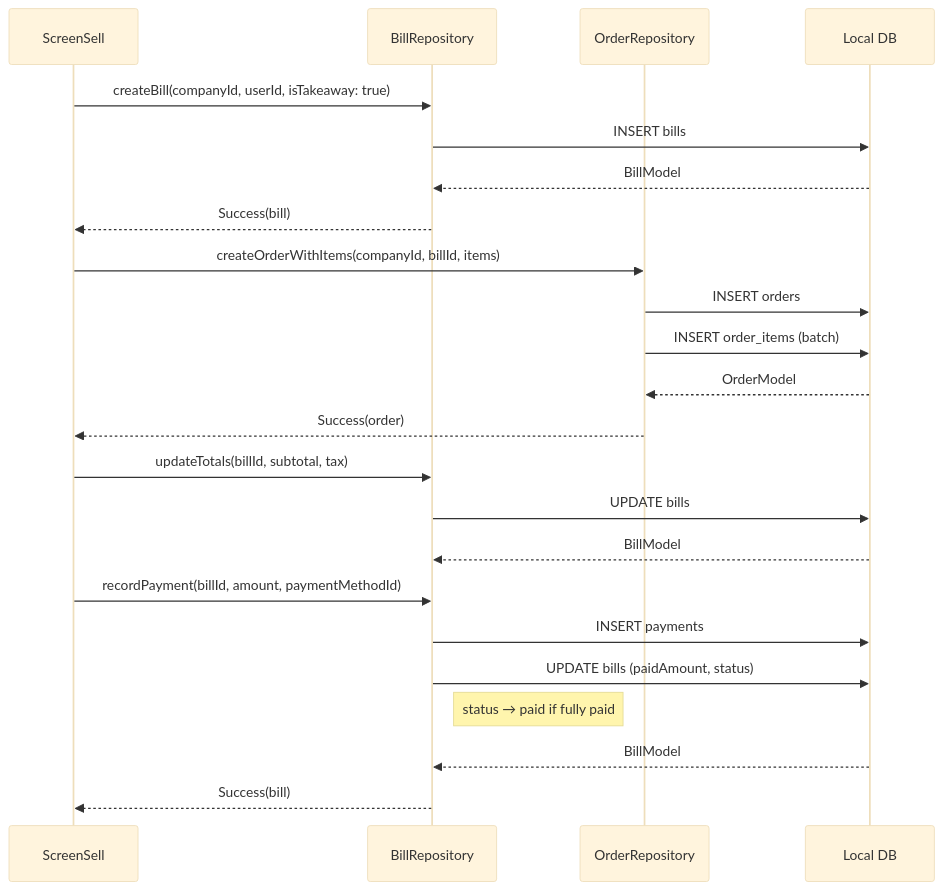
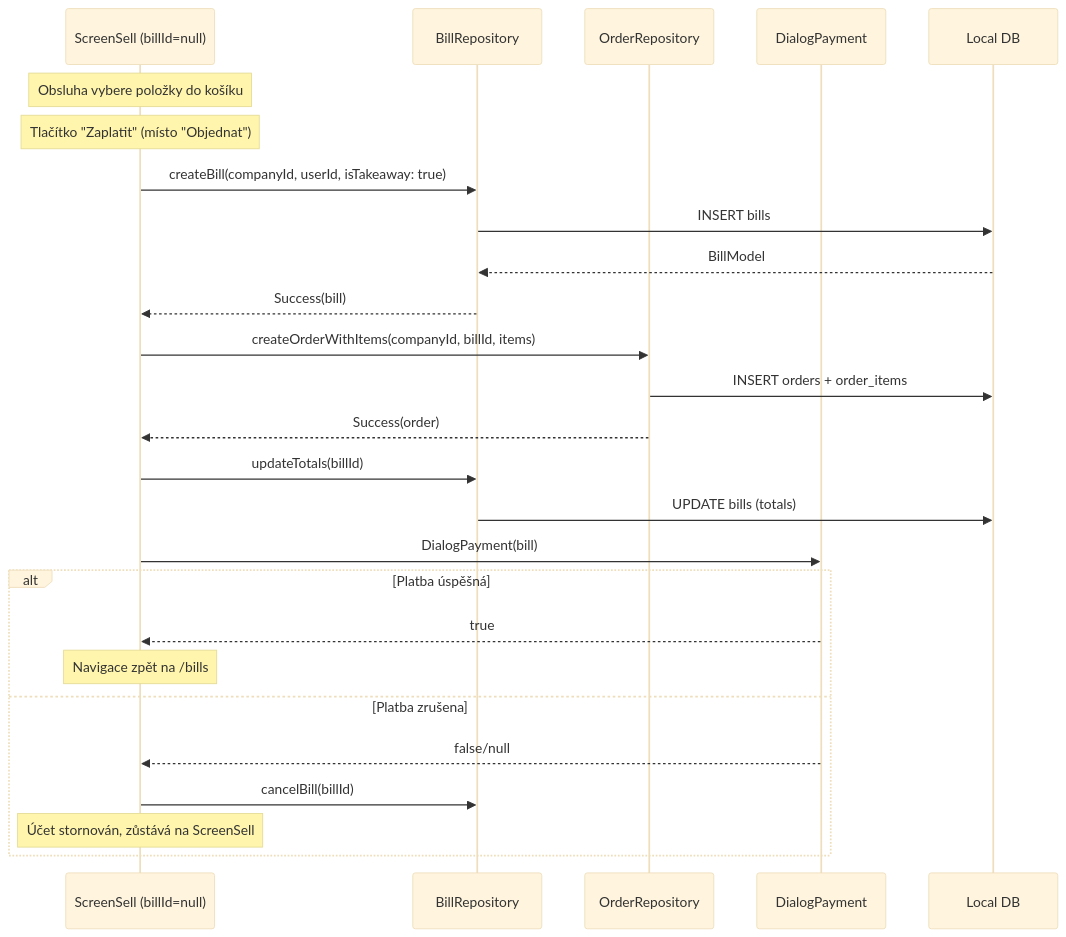
One commit to Tomakas/deskpos changed the seventh of 12 diagrams in PROJECT.md. Above: the diagram before and after it, drawn with Mermaid (base theme). The commit also changed other lines of this file and 25 other files, not shown here.

````diff
--- a/PROJECT.md
+++ b/PROJECT.md
@@ -832,29 +834,33 @@
 ```mermaid
 sequenceDiagram
-    participant UI as ScreenSell
+    participant UI as ScreenSell (billId=null)
     participant BR as BillRepository
     participant OR as OrderRepository
+    participant PAY as DialogPayment
     participant DB as Local DB
+
+    Note over UI: Obsluha vybere položky do košíku
+    Note over UI: Tlačítko "Zaplatit" (místo "Objednat")
 
     UI->>BR: createBill(companyId, userId, isTakeaway: true)
     BR->>DB: INSERT bills
     DB-->>BR: BillModel
     BR-->>UI: Success(bill)
 
     UI->>OR: createOrderWithItems(companyId, billId, items)
-    OR->>DB: INSERT orders
-    OR->>DB: INSERT order_items (batch)
-    DB-->>OR: OrderModel
+    OR->>DB: INSERT orders + order_items
     OR-->>UI: Success(order)
 
-    UI->>BR: updateTotals(billId, subtotal, tax)
-    BR->>DB: UPDATE bills
-    DB-->>BR: BillModel
+    UI->>BR: updateTotals(billId)
+    BR->>DB: UPDATE bills (totals)
 
-    UI->>BR: recordPayment(billId, amount, paymentMethodId)
-    BR->>DB: INSERT payments
-    BR->>DB: UPDATE bills (paidAmount, status)
-    Note right of BR: status → paid if fully paid
-    DB-->>BR: BillModel
-    BR-->>UI: Success(bill)
+    UI->>PAY: DialogPayment(bill)
+    alt Platba úspěšná
+        PAY-->>UI: true
+        Note over UI: Navigace zpět na /bills
+    else Platba zrušena
+        PAY-->>UI: false/null
+        UI->>BR: cancelBill(billId)
+        Note over UI: Účet stornován, zůstává na ScreenSell
+    end
 ```
````
